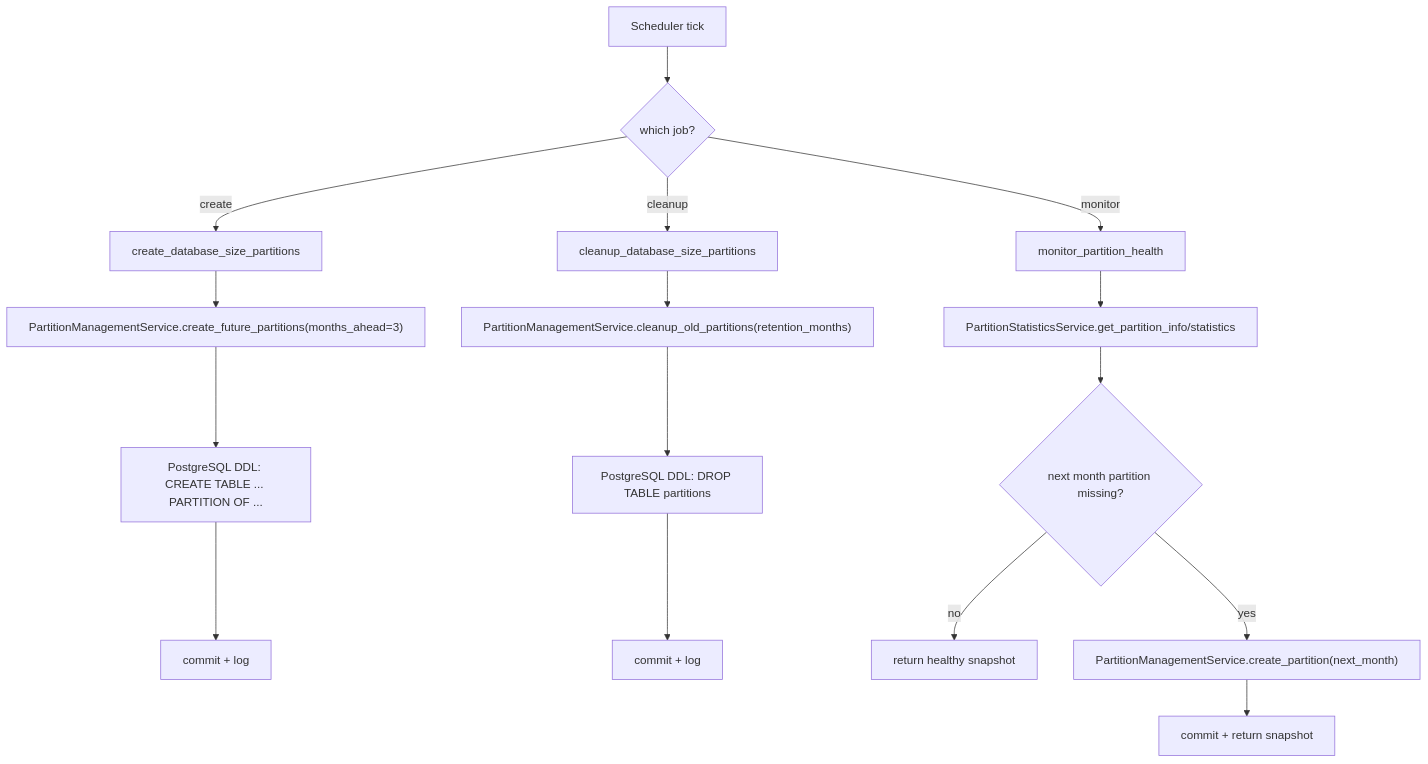
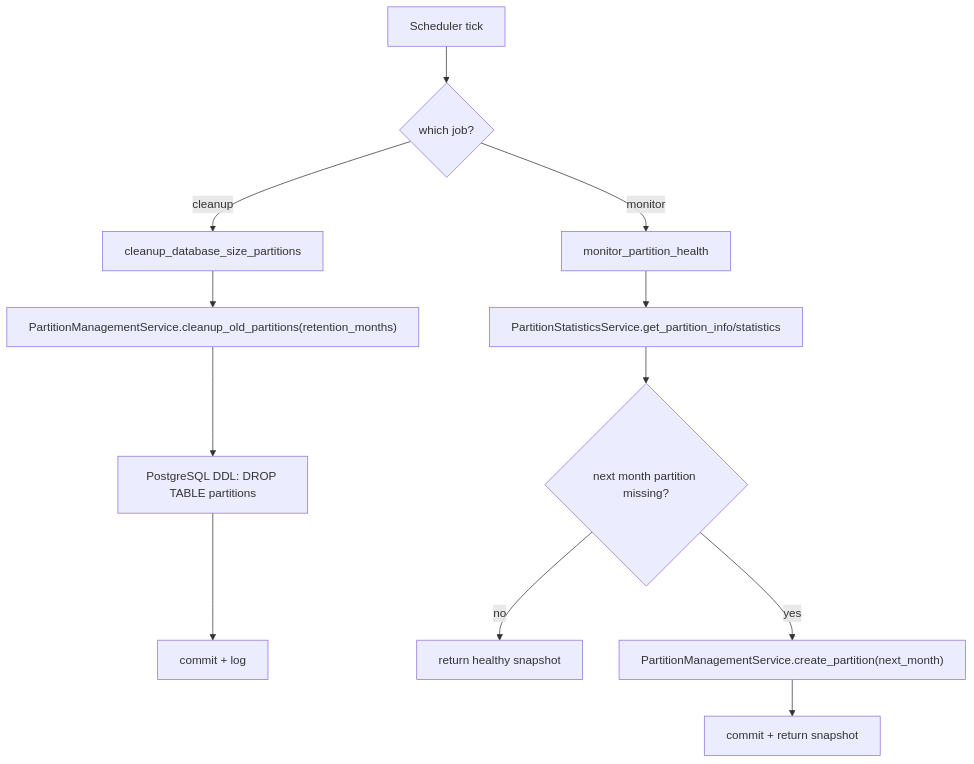
One commit to nyealovey/WhaleFall changed the second of 6 diagrams in docs/architecture/capacity-partitions-domain.md. Above: the diagram before and after it, drawn with Mermaid. The commit also changed other lines of this file and 24 other files, not shown here.

````diff
--- a/docs/architecture/capacity-partitions-domain.md
+++ b/docs/architecture/capacity-partitions-domain.md
@@ -66,21 +66,16 @@
 ```mermaid
 flowchart TD
   P0["Scheduler tick"] --> PJob{"which job?"}
-  PJob -->|create| PCreate["create_database_size_partitions"]
   PJob -->|cleanup| PClean["cleanup_database_size_partitions"]
   PJob -->|monitor| PMon["monitor_partition_health"]
-
-  PCreate --> PMgmt["PartitionManagementService.create_future_partitions(months_ahead=3)"]
-  PMgmt --> DDL1["PostgreSQL DDL: CREATE TABLE ... PARTITION OF ..."]
-  DDL1 --> PDone1["commit + log"]
 
   PClean --> PMgmt2["PartitionManagementService.cleanup_old_partitions(retention_months)"]
   PMgmt2 --> DDL2["PostgreSQL DDL: DROP TABLE partitions"]
   DDL2 --> PDone2["commit + log"]
 
   PMon --> PStats["PartitionStatisticsService.get_partition_info/statistics"]
   PStats --> Missing{"next month partition missing?"}
   Missing -->|no| POk["return healthy snapshot"]
   Missing -->|yes| Auto["PartitionManagementService.create_partition(next_month)"]
   Auto --> POk2["commit + return snapshot"]
 ```
````
